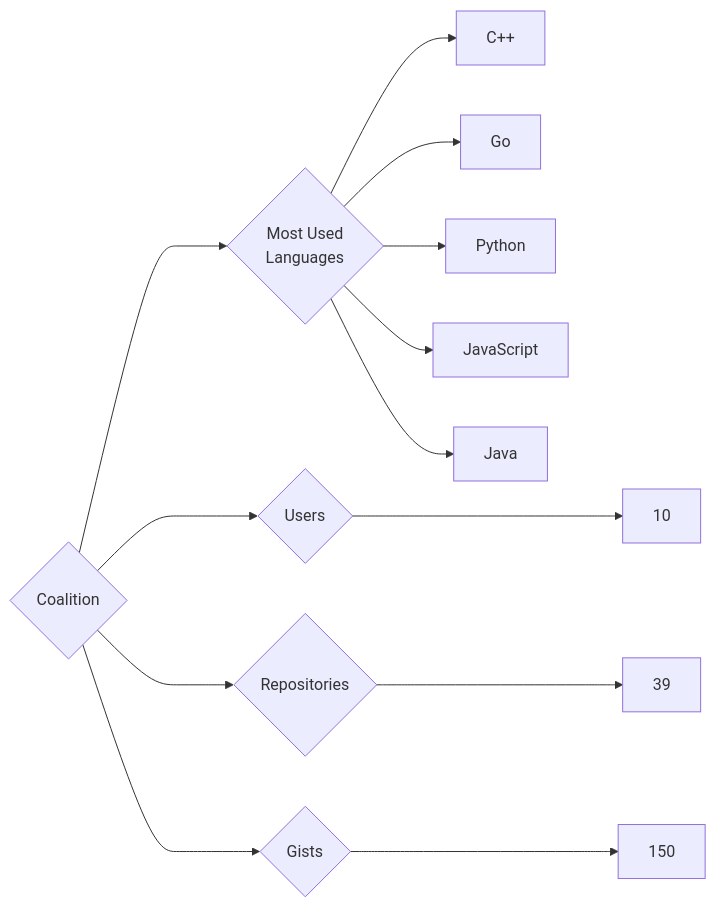
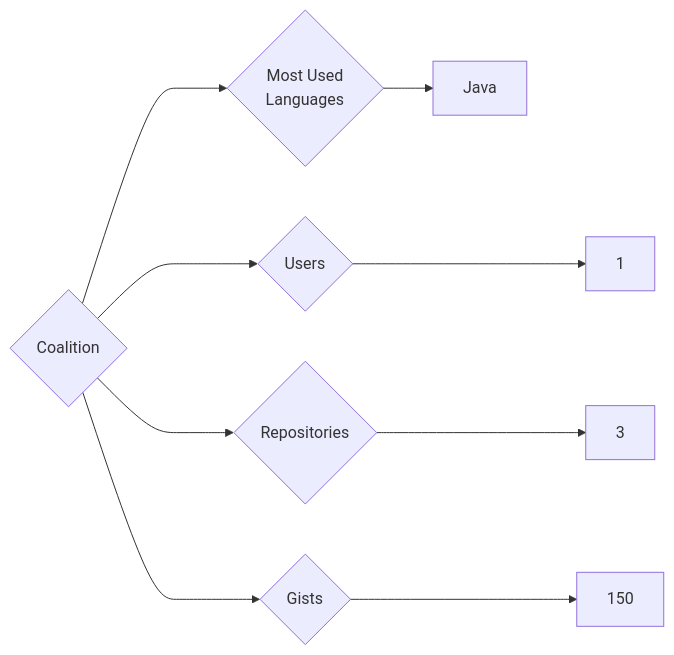
The diagram in targets/Coalition/README.md (trickest/insiders), drawn with Mermaid before and after one commit. The commit also changed 693 other files, not shown here.

````diff
--- a/targets/Coalition/README.md
+++ b/targets/Coalition/README.md
@@ -3,13 +3,9 @@
 ```mermaid
 graph LR
 COMPANY_NAME{Coalition}
-COMPANY_NAME ---> U{Users} ---> UN[10]
-COMPANY_NAME ---> R{Repositories} ---> RN[39]
+COMPANY_NAME ---> U{Users} ---> UN[1]
+COMPANY_NAME ---> R{Repositories} ---> RN[3]
 COMPANY_NAME ---> G{Gists} ---> GN[150]
 COMPANY_NAME ---> ML{Most Used<br>Languages}
-ML --> C++[C++]
-ML --> Go[Go]
-ML --> Python[Python]
-ML --> JavaScript[JavaScript]
 ML --> Java[Java]
 ```
````
